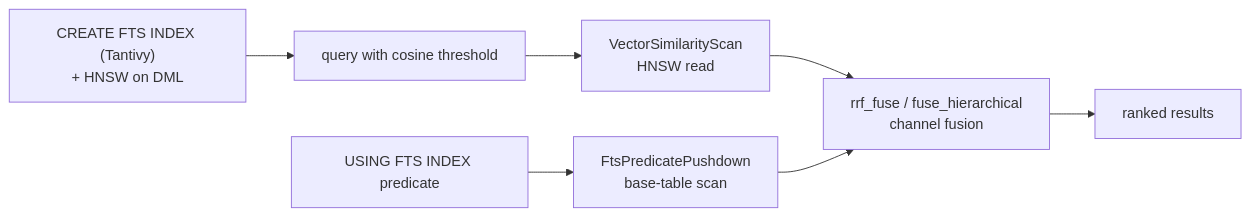
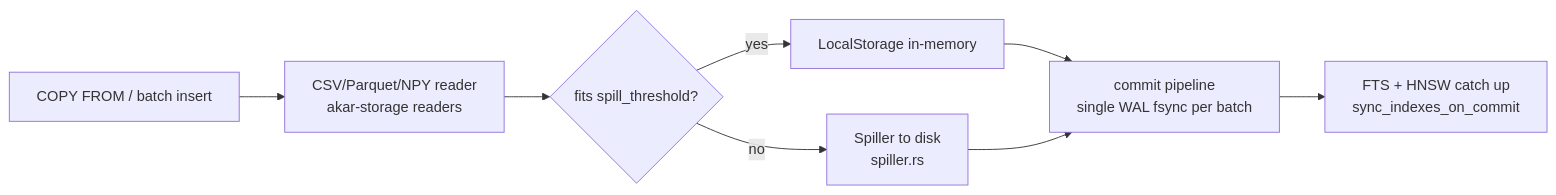
The seventh of 8 diagrams in .terrain/human/3.Workflows.md (mlengse/akar), drawn with Mermaid before and after one commit. The commit also changed other lines of this file and 29 other files, not shown here.

````diff
--- a/.terrain/human/3.Workflows.md
+++ b/.terrain/human/3.Workflows.md
@@ -53,9 +182,10 @@
 ```mermaid
 flowchart LR
-    A["CREATE FTS INDEX (Tantivy)<br/>+ HNSW on DML"] --> B["query with cosine threshold"]
-    B --> C["VectorSimilarityScan<br/>HNSW read"]
-    D["USING FTS INDEX predicate"] --> E["FtsPredicatePushdown<br/>base-table scan"]
-    C --> F["rrf_fuse / fuse_hierarchical<br/>channel fusion"]
+    A["COPY FROM / batch insert"] --> B["CSV/Parquet/NPY reader<br/>akar-storage readers"]
+    B --> C{"fits spill_threshold?"}
+    C -->|"yes"| D["LocalStorage in-memory"]
+    C -->|"no"| E["Spiller to disk<br/>spiller.rs"]
+    D --> F["commit pipeline<br/>single WAL fsync per batch"]
     E --> F
-    F --> G["ranked results"]
+    F --> G["FTS + HNSW catch up<br/>sync_indexes_on_commit"]
 ```
````
